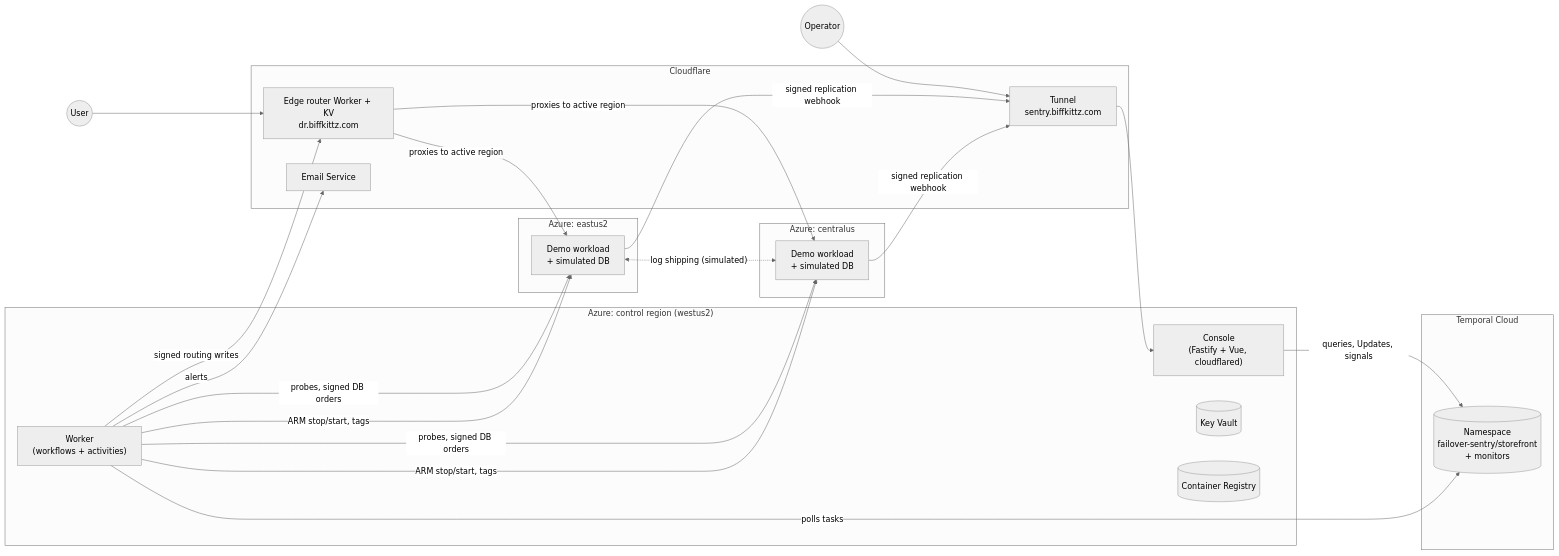
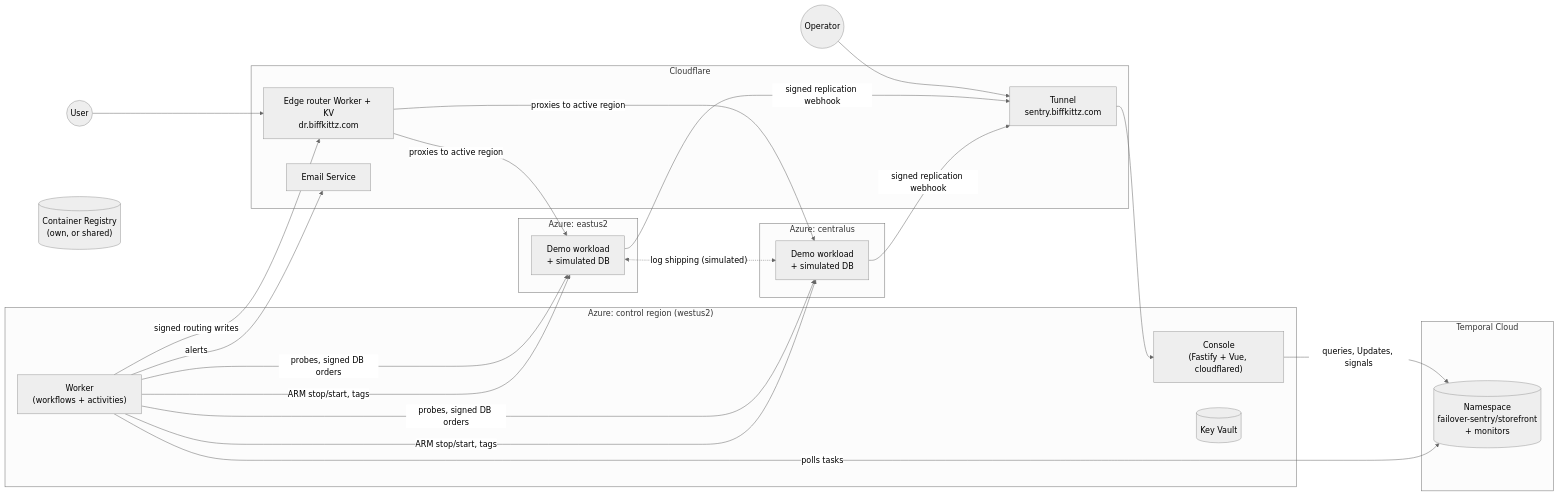
Before and after one commit to biffkittz/failover-sentry: the first of 2 diagrams in docs/ARCHITECTURE.md, drawn with Mermaid (neutral theme). The commit also changed other lines of this file and 13 other files, not shown here.

````diff
--- a/docs/ARCHITECTURE.md
+++ b/docs/ARCHITECTURE.md
@@ -27,34 +27,34 @@
 ```mermaid
 flowchart LR
   subgraph cf["Cloudflare"]
     tunnel["Tunnel\nsentry.biffkittz.com"]
     edge["Edge router Worker + KV\ndr.biffkittz.com"]
     email["Email Service"]
   end
   subgraph tc["Temporal Cloud"]
     ns[("Namespace\nfailover-sentry/storefront\n+ monitors")]
   end
   subgraph ctl["Azure: control region (westus2)"]
     console["Console\n(Fastify + Vue, cloudflared)"]
     worker["Worker\n(workflows + activities)"]
     kv[("Key Vault")]
-    acr[("Container Registry")]
   end
+  acr[("Container Registry\n(own, or shared)")]
   subgraph ra["Azure: eastus2"]
     appA["Demo workload\n+ simulated DB"]
   end
   subgraph rb["Azure: centralus"]
     appB["Demo workload\n+ simulated DB"]
   end
   operator(("Operator")) --> tunnel --> console
   user(("User")) --> edge
   edge -- "proxies to active region" --> appA & appB
   console -- "queries, Updates, signals" --> ns
   worker -- "polls tasks" --> ns
   worker -- "probes, signed DB orders" --> appA & appB
   worker -- "signed routing writes" --> edge
   worker -- "ARM stop/start, tags" --> appA & appB
   worker -- "alerts" --> email
   appA & appB -- "signed replication webhook" --> tunnel
   appA <-. "log shipping (simulated)" .-> appB
 ```
````
